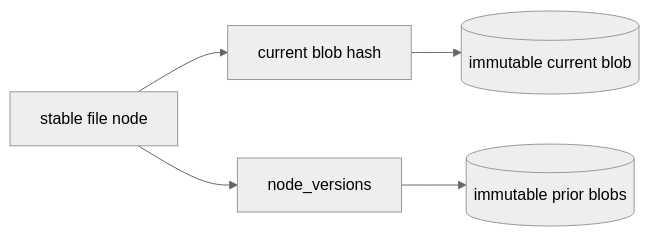
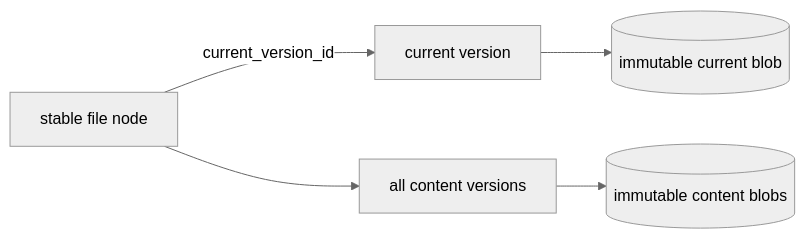
Before and after one commit to kenn-io/docbank: the diagram in docs/architecture/editing-and-versions.md, drawn with Mermaid (neutral theme). The commit also changed other lines of this file and 1 other file, not shown here.

First line of the commit message:
Clarify audit enrollment and version identity

````diff
--- a/docs/architecture/editing-and-versions.md
+++ b/docs/architecture/editing-and-versions.md
@@ -54,7 +60,7 @@
 ```mermaid
 flowchart LR
-    NODE["stable file node"] --> HEAD["current blob hash"]
-    NODE --> HISTORY["node_versions"]
+    NODE["stable file node"] -->|current_version_id| HEAD["current version"]
+    NODE --> HISTORY["all content versions"]
     HEAD --> CURRENT[("immutable current blob")]
-    HISTORY --> PRIOR[("immutable prior blobs")]
+    HISTORY --> BLOBS[("immutable content blobs")]
 ```
````
